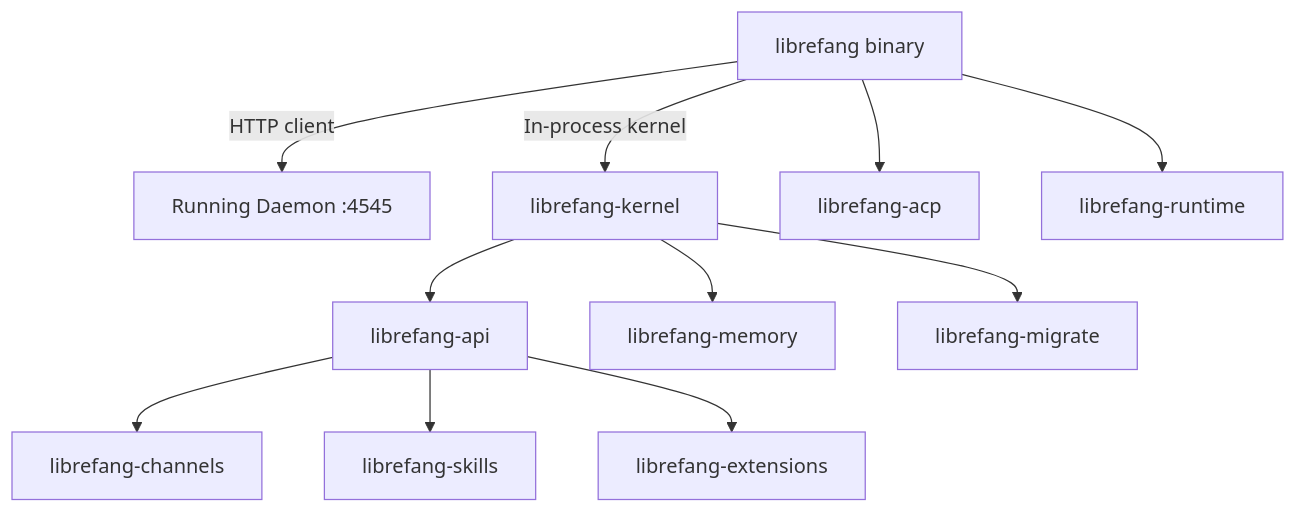
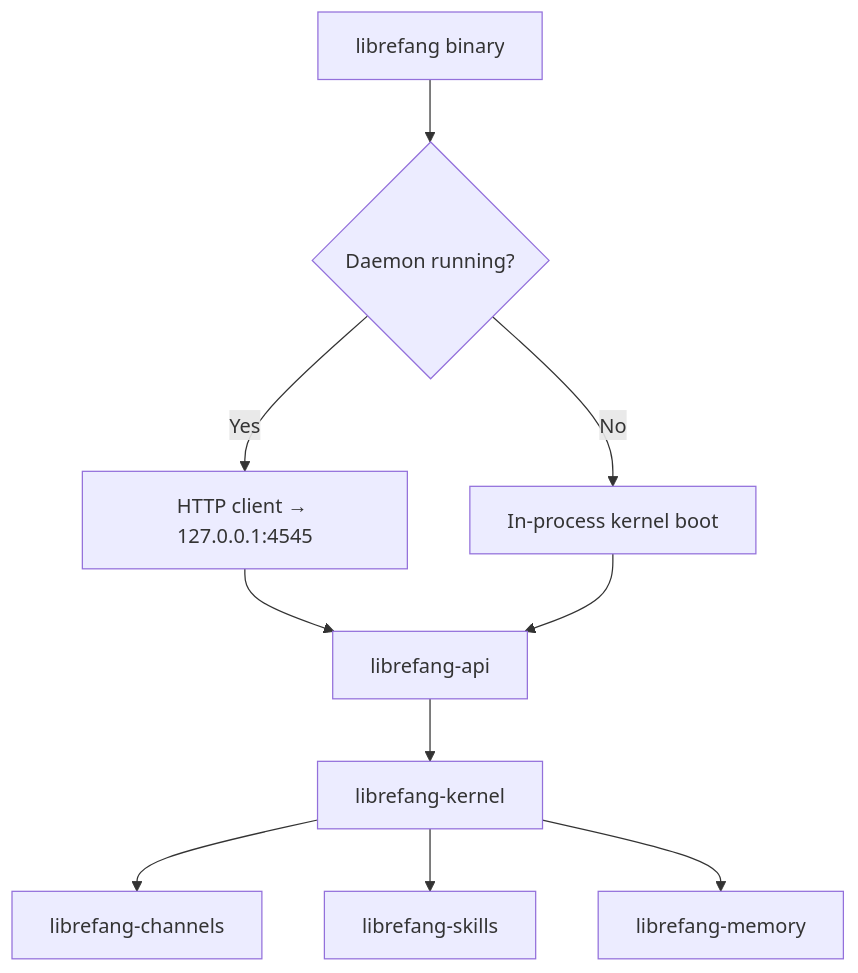
The diagram in other-librefang-cli.md (leszek3737/librefang-WIki), drawn with Mermaid before and after one commit. The commit also changed other lines of this file and 119 other files, not shown here.

````diff
--- a/other-librefang-cli.md
+++ b/other-librefang-cli.md
@@ -16,13 +14,12 @@
 ```mermaid
 graph TD
-    CLI[librefang binary] -->|HTTP client| DAEMON[Running Daemon :4545]
-    CLI -->|In-process kernel| KERNEL[librefang-kernel]
-    KERNEL --> API[librefang-api]
-    API --> CHANNELS[librefang-channels]
-    API --> SKILLS[librefang-skills]
-    API --> EXTENSIONS[librefang-extensions]
-    KERNEL --> MEMORY[librefang-memory]
-    KERNEL --> MIGRATE[librefang-migrate]
-    CLI --> ACP[librefang-acp]
-    CLI --> RUNTIME[librefang-runtime]
+    A[librefang binary] --> B{Daemon running?}
+    B -->|Yes| C[HTTP client → 127.0.0.1:4545]
+    B -->|No| D[In-process kernel boot]
+    C --> E[librefang-api]
+    D --> E
+    E --> F[librefang-kernel]
+    F --> G[librefang-channels]
+    F --> H[librefang-skills]
+    F --> I[librefang-memory]
 ```
````
